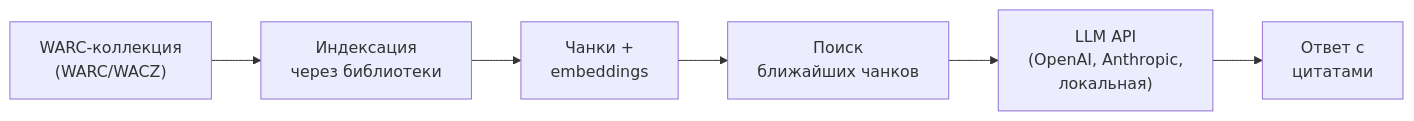
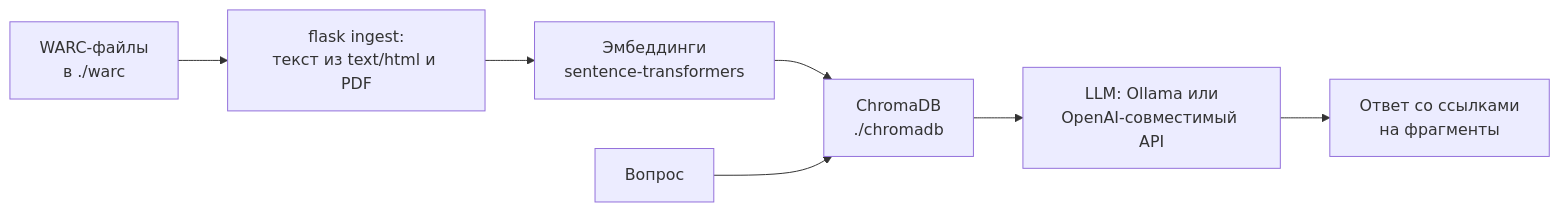
The diagram in kb/instruments/tools/warc-gpt.md (ruarxive/ruarxive.github.io), drawn with Mermaid before and after one commit. The commit also changed other lines of this file and 200 other files, not shown here.

````diff
--- a/kb/instruments/tools/warc-gpt.md
+++ b/kb/instruments/tools/warc-gpt.md
@@ -27,8 +20,9 @@
 ```mermaid
 flowchart LR
-    A["WARC-коллекция<br/>(WARC/WACZ)"] --> B["Индексация<br/>через библиотеки"]
-    B --> C["Чанки +<br/>embeddings"]
-    C --> D["Поиск<br/>ближайших чанков"]
-    D --> E["LLM API<br/>(OpenAI, Anthropic,<br/>локальная)"]
-    E --> F["Ответ с<br/>цитатами"]
+    A["WARC-файлы<br/>в ./warc"] --> B["flask ingest:<br/>текст из text/html и PDF"]
+    B --> C["Эмбеддинги<br/>sentence-transformers"]
+    C --> D["ChromaDB<br/>./chromadb"]
+    Q["Вопрос"] --> D
+    D --> E["LLM: Ollama или<br/>OpenAI-совместимый API"]
+    E --> F["Ответ со ссылками<br/>на фрагменты"]
 ```
````
